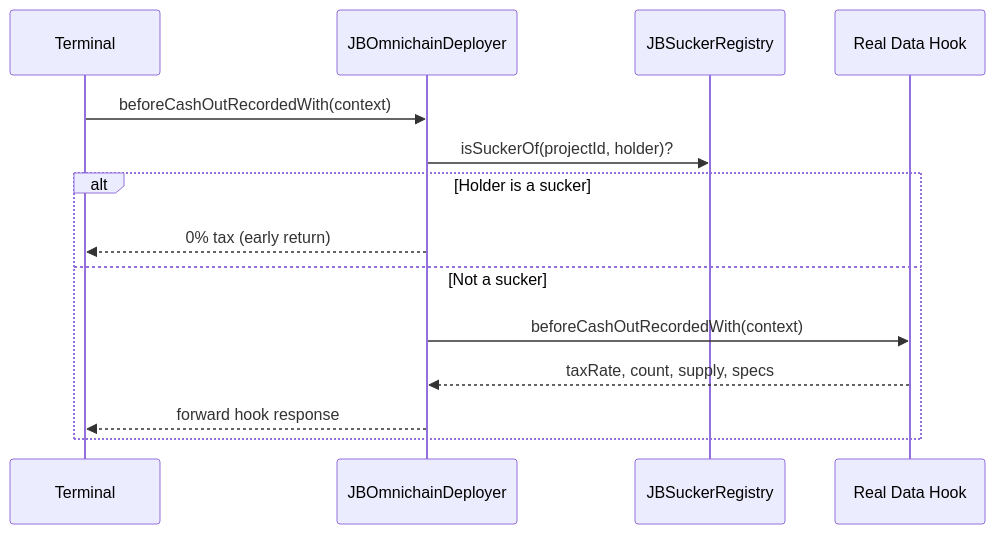
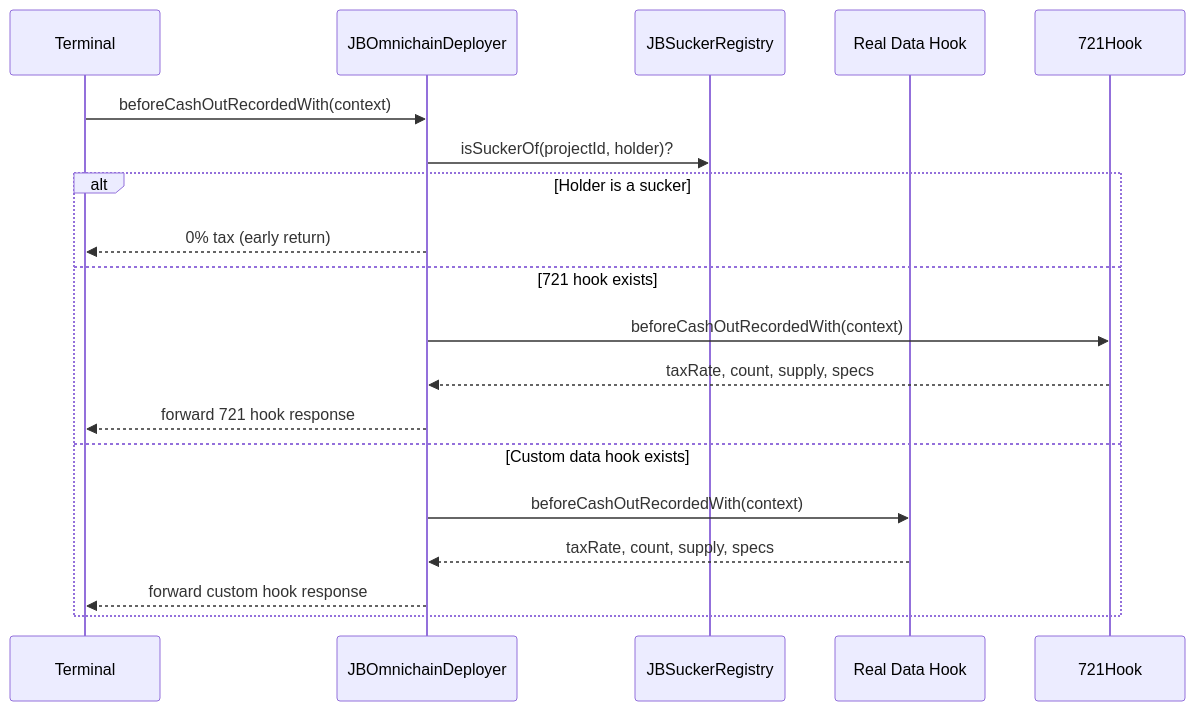
One commit to Bananapus/nana-omnichain-deployers-v6 changed the second of 2 diagrams in README.md. Above: the diagram before and after it, drawn with Mermaid. The commit also changed other lines of this file and 1 other file, not shown here.

First line of the commit message:
docs: update README and SKILLS for 721 hook composition

````diff
--- a/README.md
+++ b/README.md
@@ -39,17 +40,21 @@
 ```mermaid
 sequenceDiagram
     participant Terminal
     participant Deployer as JBOmnichainDeployer
     participant Registry as JBSuckerRegistry
     participant Hook as Real Data Hook
 
     Terminal->>Deployer: beforeCashOutRecordedWith(context)
     Deployer->>Registry: isSuckerOf(projectId, holder)?
     alt Holder is a sucker
         Deployer-->>Terminal: 0% tax (early return)
-    else Not a sucker
+    else 721 hook exists
+        Deployer->>721Hook: beforeCashOutRecordedWith(context)
+        721Hook-->>Deployer: taxRate, count, supply, specs
+        Deployer-->>Terminal: forward 721 hook response
+    else Custom data hook exists
         Deployer->>Hook: beforeCashOutRecordedWith(context)
         Hook-->>Deployer: taxRate, count, supply, specs
-        Deployer-->>Terminal: forward hook response
+        Deployer-->>Terminal: forward custom hook response
     end
 ```
````
